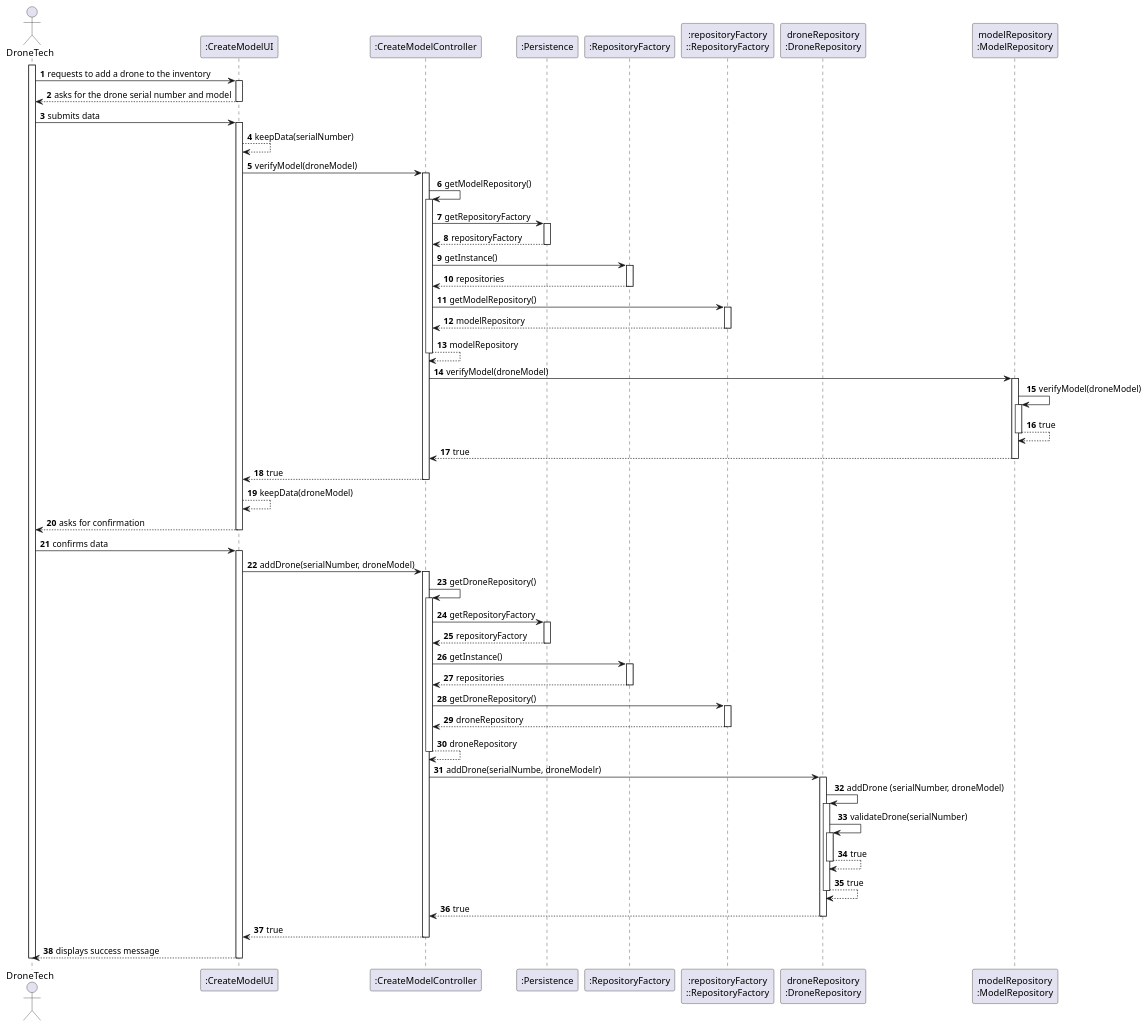
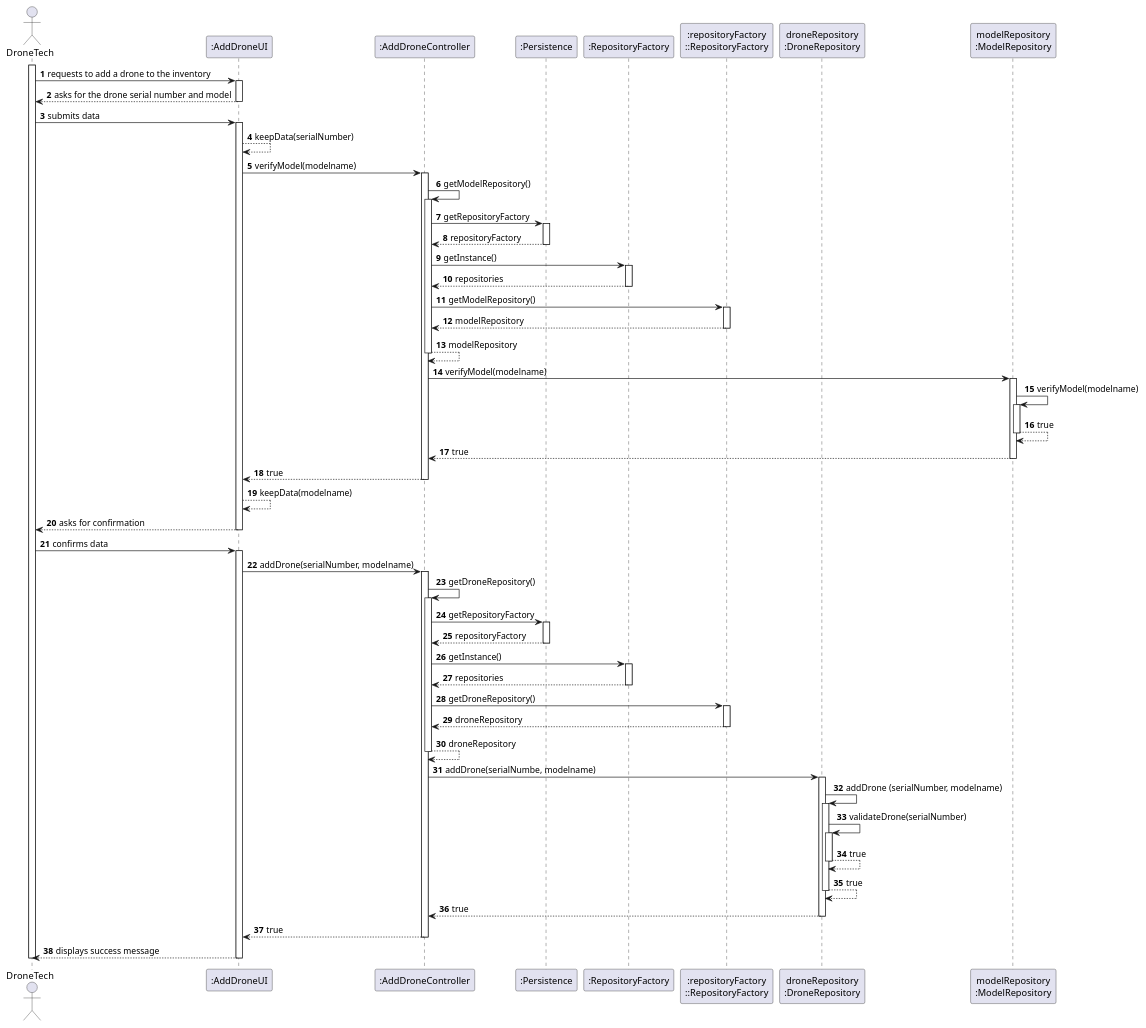
The diagram in docs/SPRINT_2/US241/puml/sequence_diagram_us241.puml (diogoveirospro/sem4pi-2024-2025-sem4pi_2024_2025_g44), drawn with PlantUML before and after one commit.

Commit message:
i noticed that i put some things wrong on the design and i resolved

```diff
--- a/docs/SPRINT_2/US241/puml/sequence_diagram_us241.puml
+++ b/docs/SPRINT_2/US241/puml/sequence_diagram_us241.puml
@@ -1,103 +1,103 @@
 @startuml
 'skinparam monochrome true
 skinparam packageStyle rectangle
 skinparam shadowing false
 
 autonumber
 
 actor "DroneTech" as DT
-participant ":CreateModelUI" as UI
-participant ":CreateModelController" as CTRL
+participant ":AddDroneUI" as UI
+participant ":AddDroneController" as CTRL
 participant ":Persistence" as PERS
 participant ":RepositoryFactory" as REPOS
 participant ":repositoryFactory\n::RepositoryFactory" as REPOS_SINGLETON
 participant "droneRepository\n:DroneRepository" as DRN_REPO
 participant "modelRepository\n:ModelRepository" as MDL_REPO
 
 activate DT
 
 DT -> UI : requests to add a drone to the inventory
 activate UI
     UI --> DT : asks for the drone serial number and model
         deactivate UI
     DT -> UI : submits data
     activate UI
     UI --> UI : keepData(serialNumber)
 
-    UI -> CTRL : verifyModel(droneModel)
+    UI -> CTRL : verifyModel(modelname)
     activate CTRL
     CTRL -> CTRL :getModelRepository()
             activate CTRL
             CTRL -> PERS : getRepositoryFactory
                                         activate PERS
                                         PERS --> CTRL : repositoryFactory
                                         deactivate PERS
             CTRL -> REPOS : getInstance()
             activate REPOS
                 REPOS --> CTRL : repositories
             deactivate REPOS
 
             CTRL -> REPOS_SINGLETON : getModelRepository()
             activate REPOS_SINGLETON
                 REPOS_SINGLETON --> CTRL : modelRepository
             deactivate REPOS_SINGLETON
             CTRL -->CTRL : modelRepository
             deactivate CTRL
-    CTRL -> MDL_REPO : verifyModel(droneModel)
+    CTRL -> MDL_REPO : verifyModel(modelname)
     activate MDL_REPO
-    MDL_REPO -> MDL_REPO : verifyModel(droneModel)
+    MDL_REPO -> MDL_REPO : verifyModel(modelname)
     activate MDL_REPO
     MDL_REPO --> MDL_REPO : true
     deactivate MDL_REPO
     MDL_REPO --> CTRL : true
     deactivate MDL_REPO
     CTRL --> UI : true
     deactivate CTRL
-    UI --> UI : keepData(droneModel)
+    UI --> UI : keepData(modelname)
 
     UI --> DT : asks for confirmation
     deactivate UI
     DT -> UI : confirms data
     activate UI
-    UI -> CTRL : addDrone(serialNumber, droneModel)
+    UI -> CTRL : addDrone(serialNumber, modelname)
     activate CTRL
         CTRL -> CTRL :getDroneRepository()
         activate CTRL
         CTRL -> PERS : getRepositoryFactory
                                                 activate PERS
                                                 PERS --> CTRL : repositoryFactory
                                                 deactivate PERS
         CTRL -> REPOS : getInstance()
         activate REPOS
             REPOS --> CTRL : repositories
         deactivate REPOS
 
         CTRL -> REPOS_SINGLETON : getDroneRepository()
         activate REPOS_SINGLETON
             REPOS_SINGLETON --> CTRL : droneRepository
         deactivate REPOS_SINGLETON
         CTRL -->CTRL : droneRepository
         deactivate CTRL
-            CTRL -> DRN_REPO : addDrone(serialNumbe, droneModelr)
+            CTRL -> DRN_REPO : addDrone(serialNumbe, modelname)
             activate DRN_REPO
 
-        DRN_REPO -> DRN_REPO: addDrone (serialNumber, droneModel)
+        DRN_REPO -> DRN_REPO: addDrone (serialNumber, modelname)
                 activate DRN_REPO
                     DRN_REPO -> DRN_REPO: validateDrone(serialNumber)
                     activate DRN_REPO
                         DRN_REPO --> DRN_REPO : true
                     deactivate DRN_REPO
 
                     DRN_REPO --> DRN_REPO : true
                 deactivate DRN_REPO
             DRN_REPO --> CTRL : true
         deactivate DRN_REPO
 
         CTRL --> UI : true
     deactivate CTRL
 
 UI --> DT : displays success message
 deactivate UI
 deactivate DT
 
 @enduml
```
